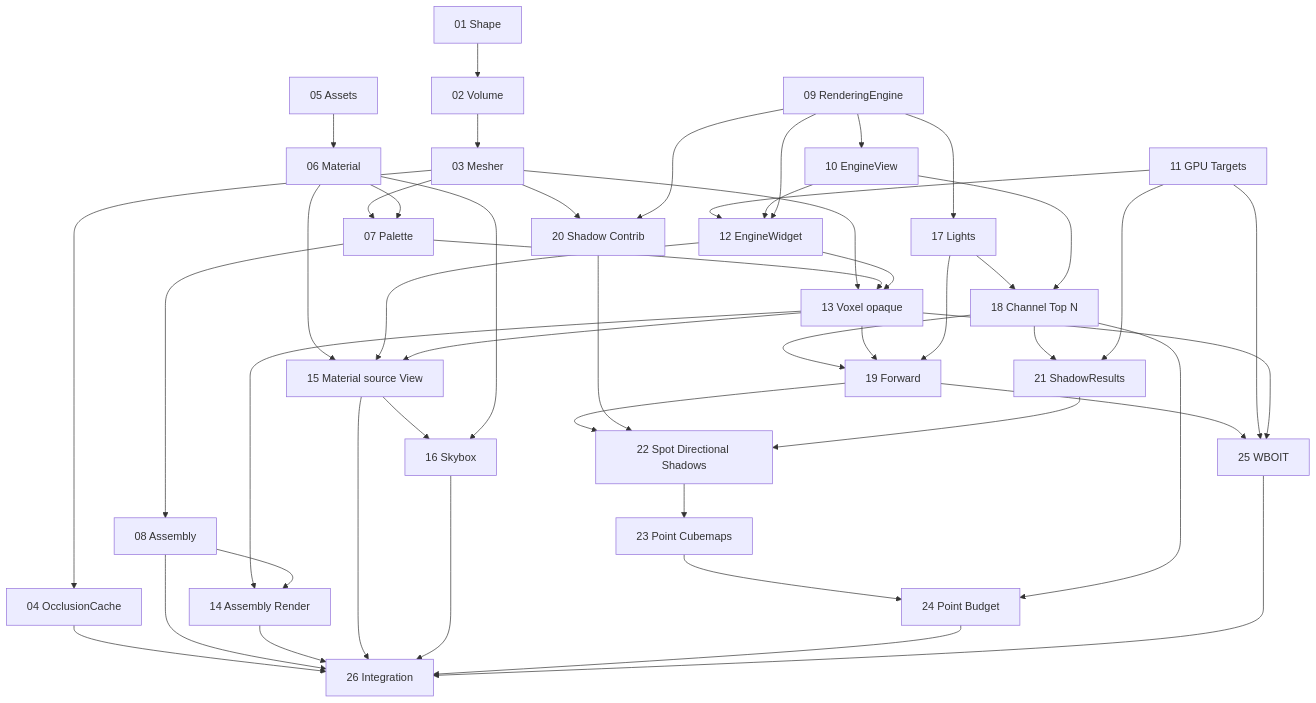
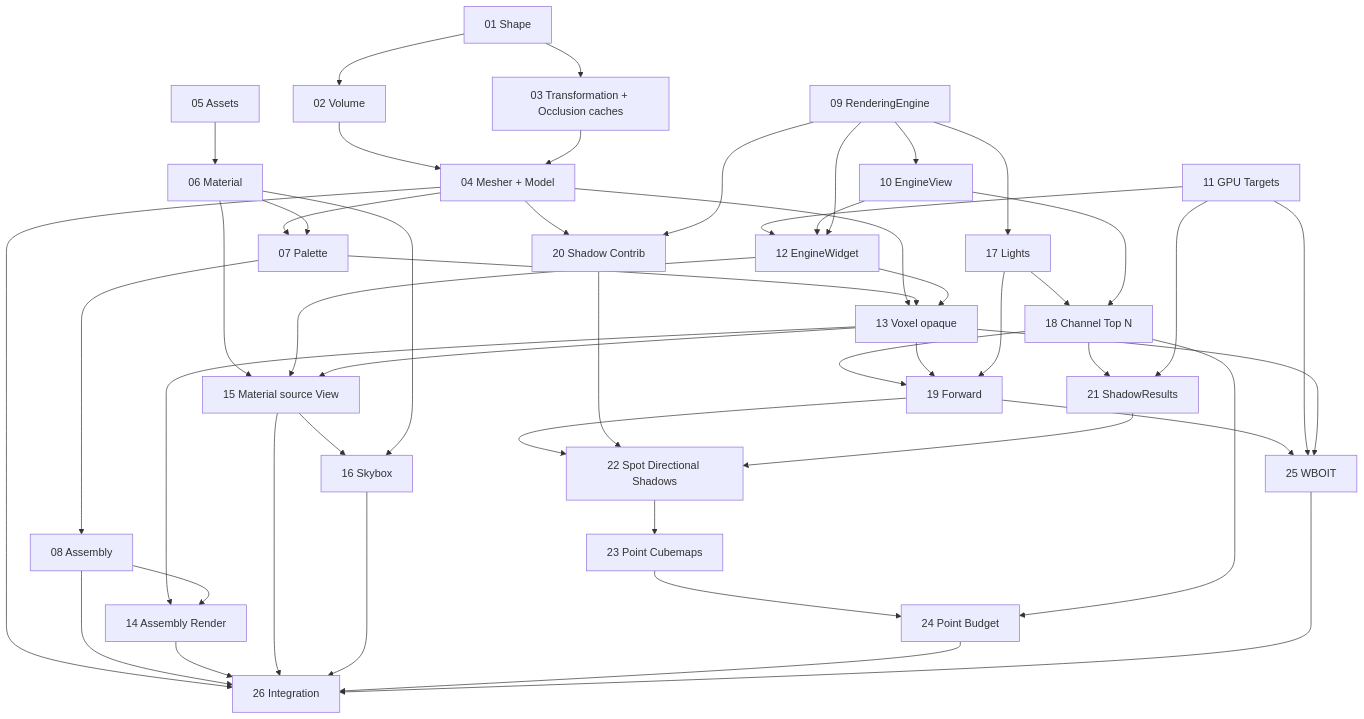
One commit to EreliaStudio/Sparkle changed the diagram in docs/voxel-engine-v0.1.4/implementation/DEPENDENCIES.md. Above: the diagram before and after it, drawn with Mermaid. The commit also changed other lines of this file, not shown here.

Commit message:
docs(voxel): require transformation and occlusion caches before mesher

````diff
--- a/docs/voxel-engine-v0.1.4/implementation/DEPENDENCIES.md
+++ b/docs/voxel-engine-v0.1.4/implementation/DEPENDENCIES.md
@@ -5,44 +5,46 @@
 ```mermaid
 flowchart TD
-  P01["01 Shape"] --> P02["02 Volume"] --> P03["03 Mesher"]
-  P03 --> P04["04 OcclusionCache"]
+  P01["01 Shape"] --> P02["02 Volume"]
+  P01 --> P03["03 Transformation + Occlusion caches"]
+  P02 --> P04["04 Mesher + Model"]
+  P03 --> P04
   P05["05 Assets"] --> P06["06 Material"]
-  P03 --> P07["07 Palette"]
+  P04 --> P07["07 Palette"]
   P06 --> P07 --> P08["08 Assembly"]
   P09["09 RenderingEngine"] --> P10["10 EngineView"]
   P11["11 GPU Targets"] --> P12["12 EngineWidget"]
   P10 --> P12
   P09 --> P12
-  P03 --> P13["13 Voxel opaque"]
+  P04 --> P13["13 Voxel opaque"]
   P07 --> P13
   P12 --> P13 --> P14["14 Assembly Render"]
   P08 --> P14
   P06 --> P15["15 Material source View"]
   P12 --> P15
   P13 --> P15 --> P16["16 Skybox"]
   P06 --> P16
   P09 --> P17["17 Lights"]
   P17 --> P18["18 Channel Top N"]
   P10 --> P18
   P18 --> P19["19 Forward"]
   P13 --> P19
   P17 --> P19
-  P03 --> P20["20 Shadow Contrib"]
+  P04 --> P20["20 Shadow Contrib"]
   P09 --> P20
   P18 --> P21["21 ShadowResults"]
   P11 --> P21
   P19 --> P22["22 Spot Directional Shadows"]
   P20 --> P22
   P21 --> P22 --> P23["23 Point Cubemaps"] --> P24["24 Point Budget"]
   P18 --> P24
   P19 --> P25["25 WBOIT"]
   P11 --> P25
   P13 --> P25
   P04 --> P26["26 Integration"]
   P08 --> P26
   P14 --> P26
   P15 --> P26
   P16 --> P26
   P24 --> P26
   P25 --> P26
 ```
````
